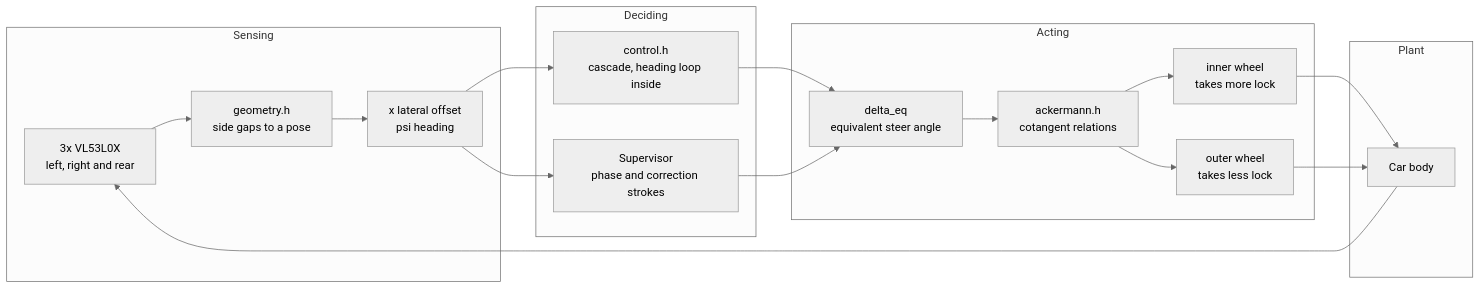
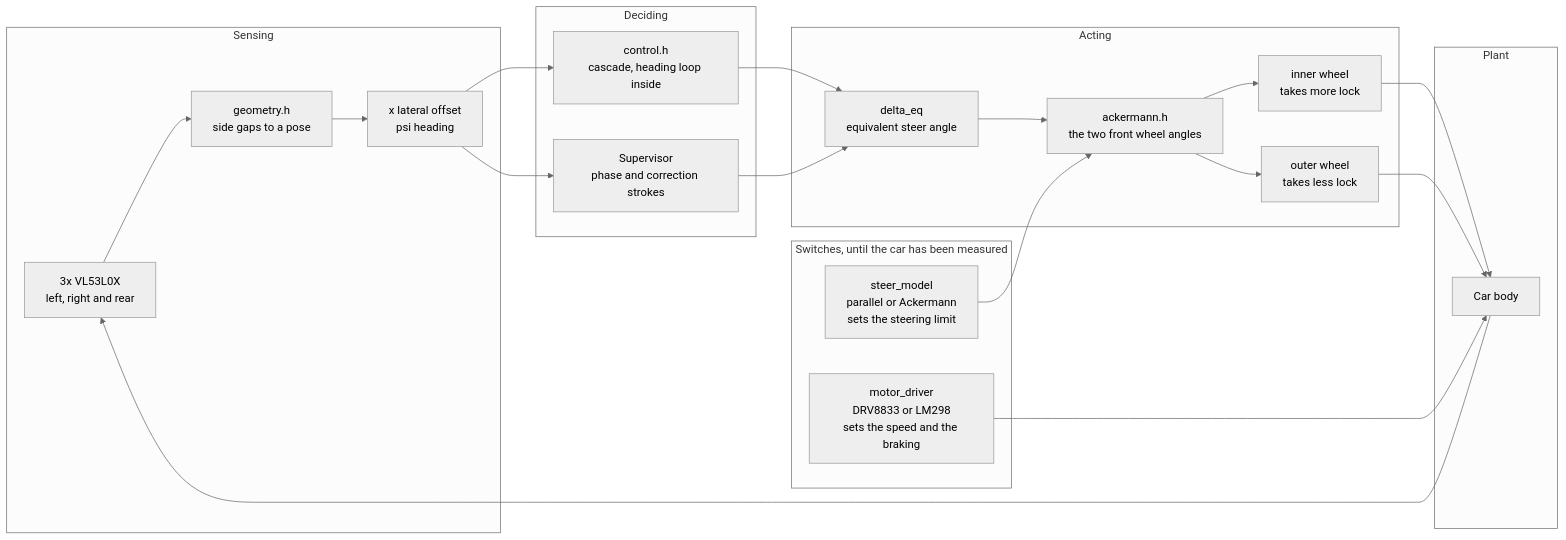
One commit to AndrewKHalim/Self-Parking-Car changed the second of 2 diagrams in README.md. Above: the diagram before and after it, drawn with Mermaid (neutral theme). The commit also changed other lines of this file and 5 other files, not shown here.

````diff
--- a/README.md
+++ b/README.md
@@ -54,26 +64,31 @@
 ```mermaid
 flowchart LR
     subgraph sensing ["Sensing"]
         s1["3x VL53L0X<br/>left, right and rear"] --> s2["geometry.h<br/>side gaps to a pose"]
         s2 --> s3["x lateral offset<br/>psi heading"]
     end
 
     subgraph deciding ["Deciding"]
         s3 --> sup["Supervisor<br/>phase and correction strokes"]
         s3 --> ctl["control.h<br/>cascade, heading loop inside"]
     end
 
     subgraph acting ["Acting"]
         ctl --> eq["delta_eq<br/>equivalent steer angle"]
         sup --> eq
-        eq --> ack["ackermann.h<br/>cotangent relations"]
+        eq --> ack["ackermann.h<br/>the two front wheel angles"]
         ack --> inner["inner wheel<br/>takes more lock"]
         ack --> outer["outer wheel<br/>takes less lock"]
     end
 
     subgraph plant ["Plant"]
         inner --> car["Car body"]
         outer --> car
         car --> s1
     end
+
+    subgraph switches ["Switches, until the car has been measured"]
+        sw1["steer_model<br/>parallel or Ackermann<br/>sets the steering limit"] --> ack
+        sw2["motor_driver<br/>DRV8833 or LM298<br/>sets the speed and the braking"] --> car
+    end
 ```
````
